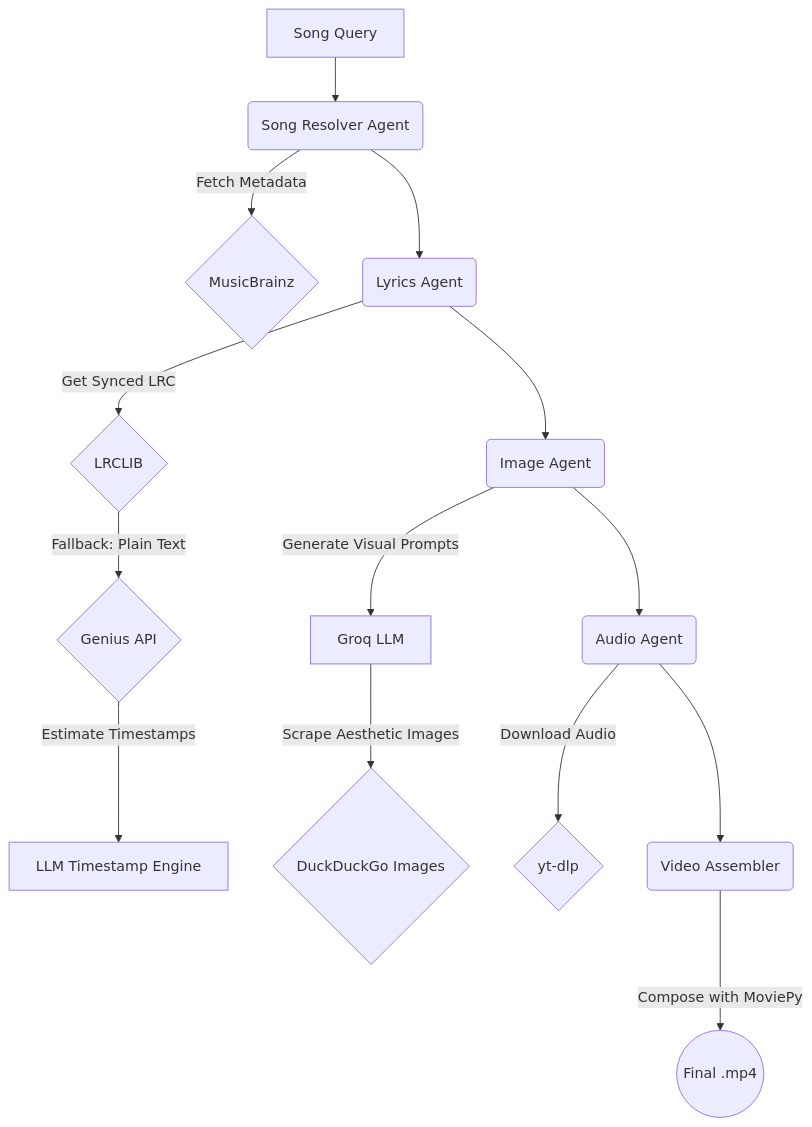
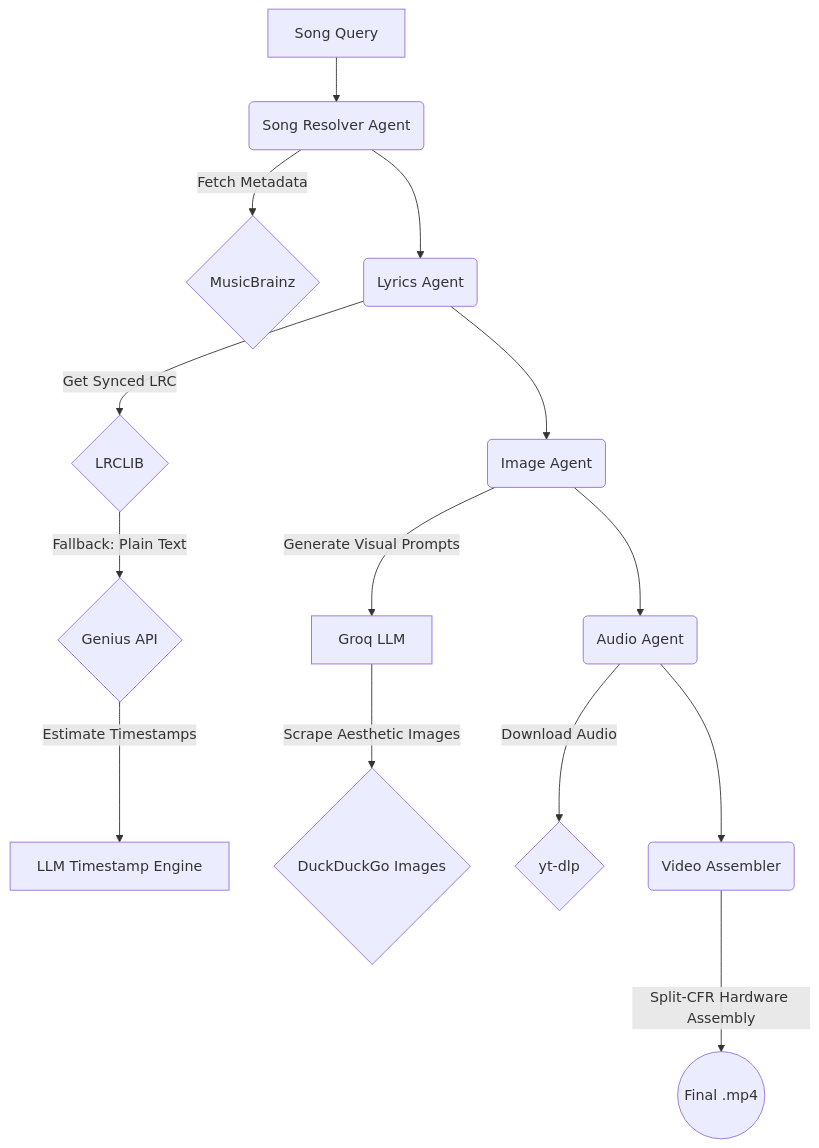
One commit to pjpangilinan/yline changed the diagram in README.md. Above: the diagram before and after it, drawn with Mermaid. The commit also changed other lines of this file and 235 other files, not shown here.

````diff
--- a/README.md
+++ b/README.md
@@ -31,16 +31,16 @@
 ```mermaid
 flowchart TD
     A[Song Query] --> B(Song Resolver Agent)
     B -->|Fetch Metadata| C{MusicBrainz}
     B --> D(Lyrics Agent)
     D -->|Get Synced LRC| E{LRCLIB}
     E -->|Fallback: Plain Text| F{Genius API}
     F -->|Estimate Timestamps| G[LLM Timestamp Engine]
     D --> H(Image Agent)
     H -->|Generate Visual Prompts| I[Groq LLM]
     I -->|Scrape Aesthetic Images| J{DuckDuckGo Images}
     H --> K(Audio Agent)
     K -->|Download Audio| L{yt-dlp}
     K --> M(Video Assembler)
-    M -->|Compose with MoviePy| N((Final .mp4))
+    M -->|Split-CFR Hardware Assembly| N((Final .mp4))
 ```
````
